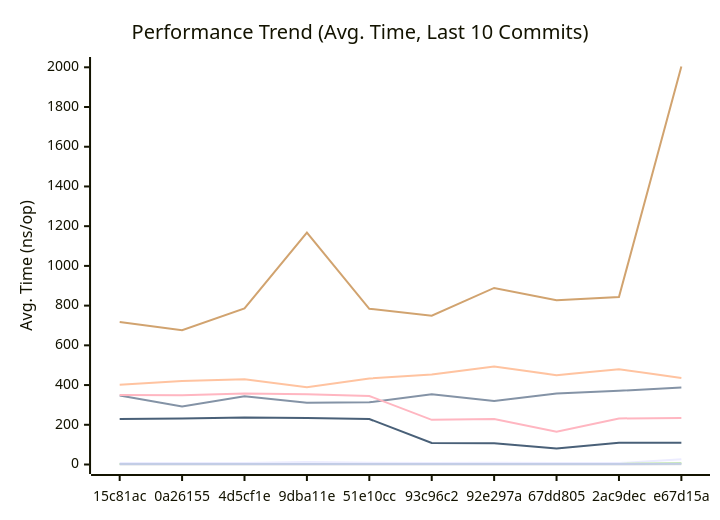
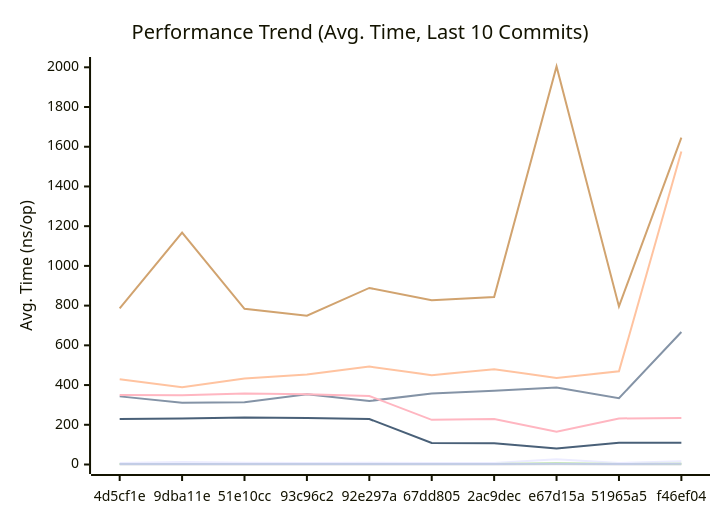
One commit to alsotoes/momo changed the first of 3 diagrams in docs/PERFORMANCE.md. Above: the diagram before and after it, drawn with Mermaid. The commit also changed other lines of this file and 5 other files, not shown here.

````diff
--- a/docs/PERFORMANCE.md
+++ b/docs/PERFORMANCE.md
@@ -80,16 +80,16 @@
 ```mermaid
 xychart-beta
     title "Performance Trend (Avg. Time, Last 10 Commits)"
     x-axis "Commit"
     y-axis "Avg. Time (ns/op)"
-    x-axis [15c81ac,0a26155,4d5cf1e,9dba11e,51e10cc,93c96c2,92e297a,67dd805,2ac9dec,e67d15a]
-    line "CheckMetricsAndSwap" [7,7,8,13,9,7,9,8,7,26]
-    line "CrushOptimized" [347,292,343,311,313,354,320,357,371,388]
-    line "CrushOriginal" [402,421,429,389,433,453,493,450,480,436]
-    line "IndexDirectTracking" [0,0,0,0,0,0,0,0,0,1]
-    line "IndexSearch" [3,3,3,3,3,3,3,3,3,6]
-    line "LoadGlobalConfig" [717,676,786,1168,784,749,889,827,843,2004]
-    line "PadString" [2,2,2,2,2,2,2,2,2,4]
+    x-axis [4d5cf1e,9dba11e,51e10cc,93c96c2,92e297a,67dd805,2ac9dec,e67d15a,51965a5,f46ef04]
+    line "CheckMetricsAndSwap" [8,13,9,7,9,8,7,26,8,16]
+    line "CrushOptimized" [343,311,313,354,320,357,371,388,334,667]
+    line "CrushOriginal" [429,389,433,453,493,450,480,436,469,1576]
+    line "IndexDirectTracking" [0,0,0,0,0,0,0,1,0,0]
+    line "IndexSearch" [3,3,3,3,3,3,3,6,3,4]
+    line "LoadGlobalConfig" [786,1168,784,749,889,827,843,2004,796,1646]
+    line "PadString" [2,2,2,2,2,2,2,4,2,4]
     line "ParseReplicationOrder_NoPrealloc" [350,349,357,354,345,225,229,165,232,234]
     line "ParseReplicationOrder_Prealloc" [229,231,237,234,229,108,107,80,110,109]
 ```
````
